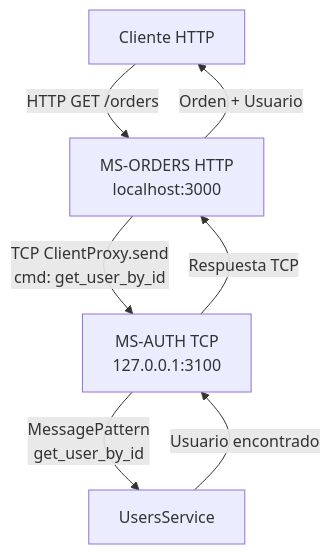
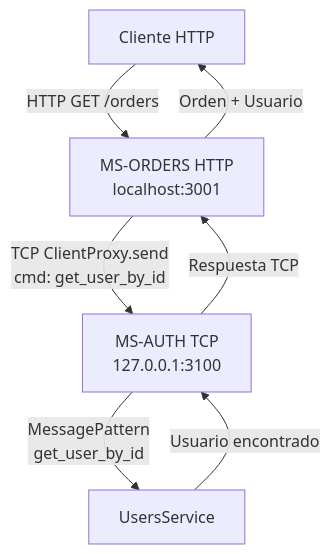
Before and after one commit to Gilgammesh/nestjs-tcp-poc: the first of 2 diagrams in README.md, drawn with Mermaid. The commit also changed other lines of this file, not shown here.

````diff
--- a/README.md
+++ b/README.md
@@ -47,12 +47,12 @@
 ```mermaid
 flowchart TD
-    A[Cliente HTTP] -->|HTTP GET /orders| B[MS-ORDERS HTTP<br/>localhost:3000]
+    A[Cliente HTTP] -->|HTTP GET /orders| B[MS-ORDERS HTTP<br/>localhost:3001]
 
     B -->|TCP ClientProxy.send<br/>cmd: get_user_by_id| C[MS-AUTH TCP<br/>127.0.0.1:3100]
 
     C -->|MessagePattern<br/>get_user_by_id| D[UsersService]
 
     D -->|Usuario encontrado| C
     C -->|Respuesta TCP| B
     B -->|Orden + Usuario| A
 ```
````
